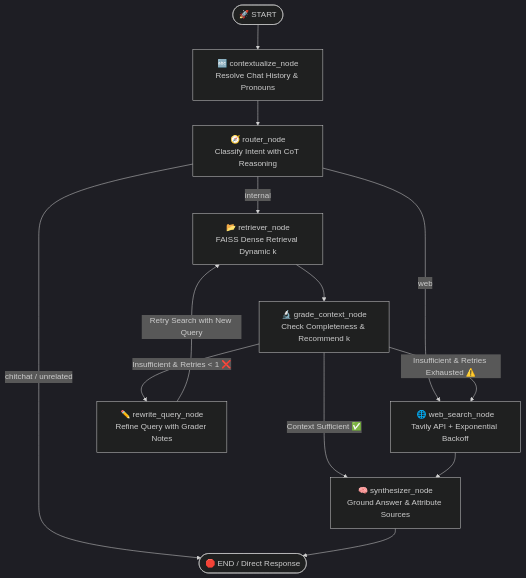
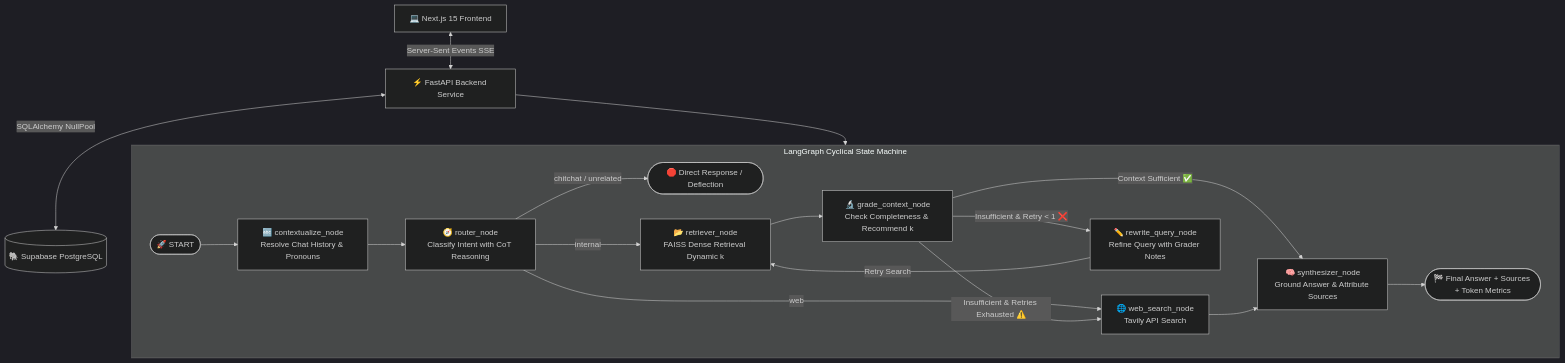
One commit to Akshat-developer14/dual-source-agentic-rag-assistant changed the diagram in README.md. Above: the diagram before and after it, drawn with Mermaid (dark theme). The commit also changed other lines of this file and 2 other files, not shown here.

Commit message:
docs: update comprehensive README with benchmark scorecard, system architecture, and API documentation

````diff
--- a/README.md
+++ b/README.md
@@ -34,21 +49,26 @@
 ```mermaid
 flowchart TD
-    Start([🚀 START]) --> Contextualize[🔤 contextualize_node\nResolve Chat History & Pronouns]
-    Contextualize --> Router[🧭 router_node\nClassify Intent with CoT Reasoning]
+    Client["💻 Next.js 15 Frontend"] <-->|Server-Sent Events SSE| API["⚡ FastAPI Backend Service"]
+    API <-->|SQLAlchemy NullPool| DB[("🐘 Supabase PostgreSQL")]
     
-    %% Router Branching
-    Router -->|chitchat / unrelated| End([🛑 END / Direct Response])
-    Router -->|web| WebSearch[🌐 web_search_node\nTavily API + Exponential Backoff]
-    Router -->|internal| Retriever[📂 retriever_node\nFAISS Dense Retrieval Dynamic k]
-    
-    %% Corrective RAG Evaluation
-    Retriever --> Grader[🔬 grade_context_node\nCheck Completeness & Recommend k]
-    
-    Grader -->|Context Sufficient ✅| Synthesizer[🧠 synthesizer_node\nGround Answer & Attribute Sources]
-    Grader -->|Insufficient & Retries < 1 ❌| Rewriter[✏️ rewrite_query_node\nRefine Query with Grader Notes]
-    Grader -->|Insufficient & Retries Exhausted ⚠️| WebSearch
-    
-    Rewriter -->|Retry Search with New Query| Retriever
-    WebSearch --> Synthesizer
-    Synthesizer --> End
+    subgraph LangGraph_Agent ["LangGraph Cyclical State Machine"]
+        Start([🚀 START]) --> Ctx[🔤 contextualize_node\nResolve Chat History & Pronouns]
+        Ctx --> Router[🧭 router_node\nClassify Intent with CoT Reasoning]
+        
+        Router -->|chitchat / unrelated| DirectResp([🛑 Direct Response / Deflection])
+        Router -->|web| WebSearch[🌐 web_search_node\nTavily API Search]
+        Router -->|internal| Retriever[📂 retriever_node\nFAISS Dense Retrieval Dynamic k]
+        
+        Retriever --> Grader[🔬 grade_context_node\nCheck Completeness & Recommend k]
+        
+        Grader -->|Context Sufficient ✅| Synth[🧠 synthesizer_node\nGround Answer & Attribute Sources]
+        Grader -->|Insufficient & Retry < 1 ❌| Rewriter[✏️ rewrite_query_node\nRefine Query with Grader Notes]
+        Grader -->|Insufficient & Retries Exhausted ⚠️| WebSearch
+        
+        Rewriter -->|Retry Search| Retriever
+        WebSearch --> Synth
+        Synth --> End([🏁 Final Answer + Sources + Token Metrics])
+    end
+
+    API --> LangGraph_Agent
 ```
````
